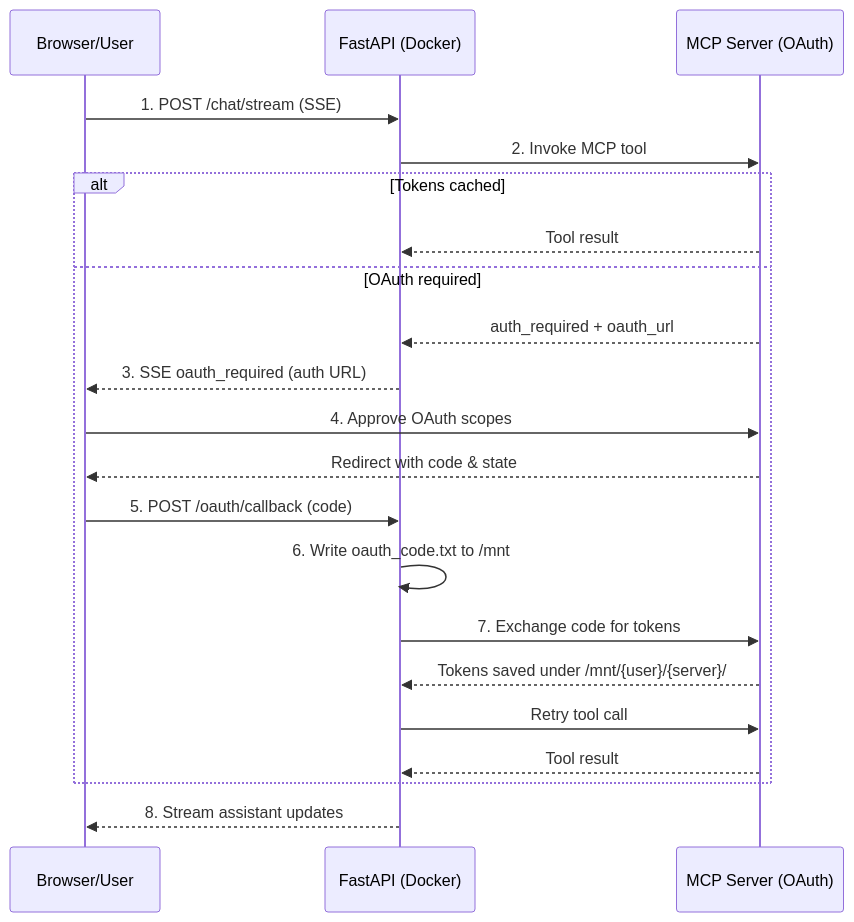
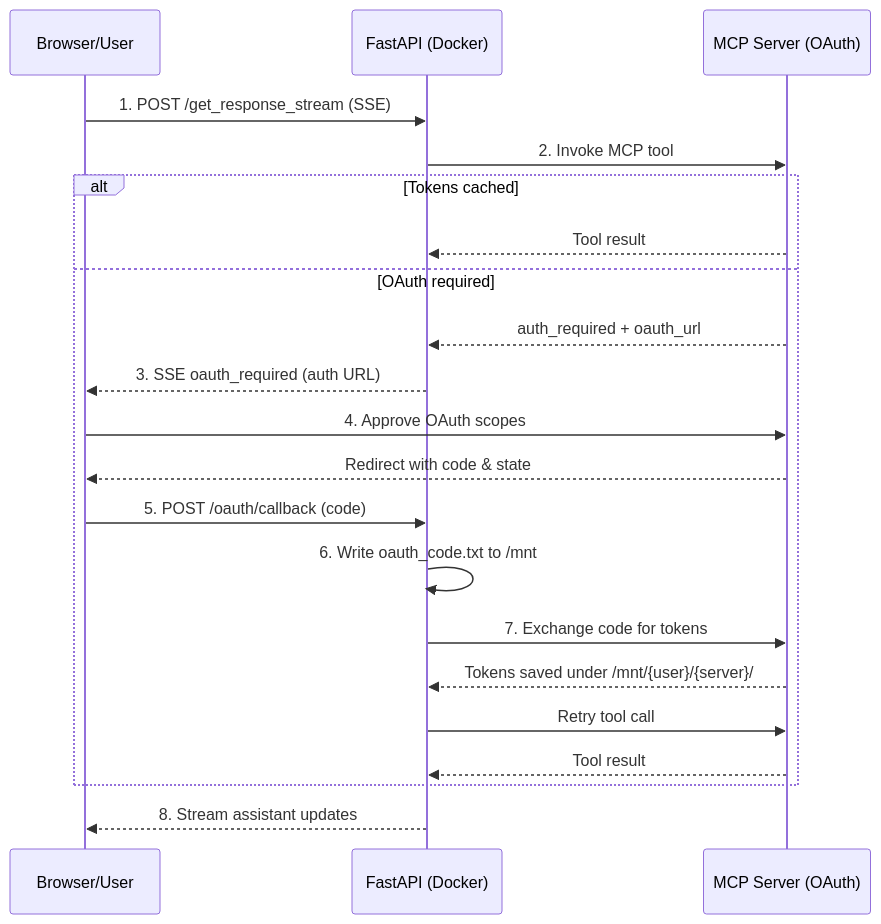
One commit to VRSEN/agency-swarm changed the diagram in docs/platform/integrations/mcp-oauth-integration.mdx. Above: the diagram before and after it, drawn with Mermaid. The commit also changed other lines of this file, not shown here.

````diff
--- a/docs/platform/integrations/mcp-oauth-integration.mdx
+++ b/docs/platform/integrations/mcp-oauth-integration.mdx
@@ -61,24 +61,24 @@
 ```mermaid
 sequenceDiagram
     participant User as Browser/User
     participant FastAPI as FastAPI (Docker)
     participant MCP as MCP Server (OAuth)
 
-    User->>FastAPI: 1. POST /chat/stream (SSE)
+    User->>FastAPI: 1. POST /get_response_stream (SSE)
     FastAPI->>MCP: 2. Invoke MCP tool
     alt Tokens cached
         MCP-->>FastAPI: Tool result
     else OAuth required
         MCP-->>FastAPI: auth_required + oauth_url
         FastAPI-->>User: 3. SSE oauth_required (auth URL)
         User->>MCP: 4. Approve OAuth scopes
         MCP-->>User: Redirect with code & state
         User->>FastAPI: 5. POST /oauth/callback (code)
         FastAPI->>FastAPI: 6. Write oauth_code.txt to /mnt
         FastAPI->>MCP: 7. Exchange code for tokens
         MCP-->>FastAPI: Tokens saved under /mnt/{user}/{server}/
         FastAPI->>MCP: Retry tool call
         MCP-->>FastAPI: Tool result
     end
     FastAPI-->>User: 8. Stream assistant updates
 ```
````
